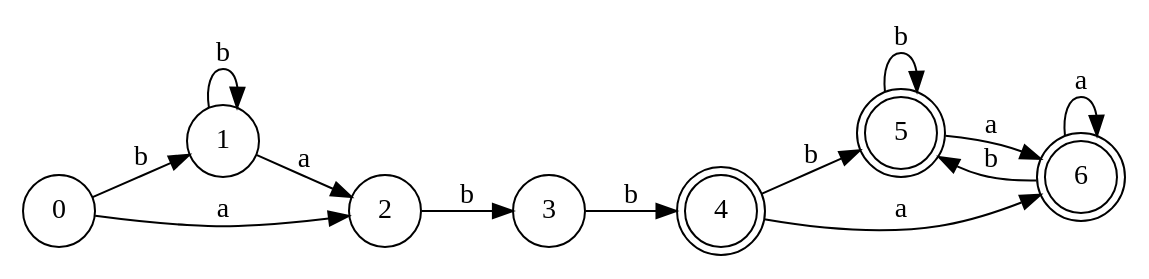
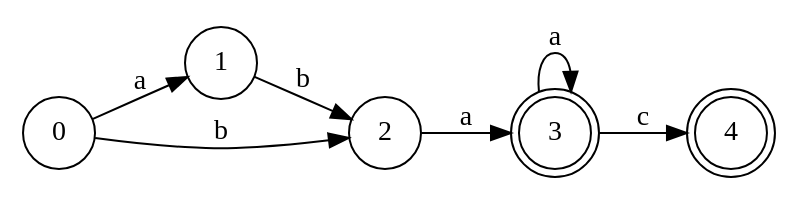
Before and after one commit to EstebanAG1005/LaboratorioB---DL: the diagram in dfa.gv, drawn with Graphviz. The commit also changed 5 other files, not shown here.

```diff
--- a/dfa.gv
+++ b/dfa.gv
@@ -1,29 +1,19 @@
 digraph finite_state_machine {
 	rankdir=LR size="8,5"
 	node [shape=circle]
 	0
 	node [shape=circle]
 	1
 	node [shape=circle]
 	2
-	node [shape=circle]
+	node [shape=doublecircle]
 	3
 	node [shape=doublecircle]
 	4
-	node [shape=doublecircle]
-	5
-	node [shape=doublecircle]
-	6
-	0 -> 1 [label=b]
-	0 -> 2 [label=a]
-	2 -> 3 [label=b]
-	3 -> 4 [label=b]
-	4 -> 5 [label=b]
-	4 -> 6 [label=a]
-	6 -> 5 [label=b]
-	6 -> 6 [label=a]
-	5 -> 5 [label=b]
-	5 -> 6 [label=a]
-	1 -> 1 [label=b]
-	1 -> 2 [label=a]
+	0 -> 1 [label=a]
+	0 -> 2 [label=b]
+	1 -> 2 [label=b]
+	2 -> 3 [label=a]
+	3 -> 3 [label=a]
+	3 -> 4 [label=c]
 }
```
